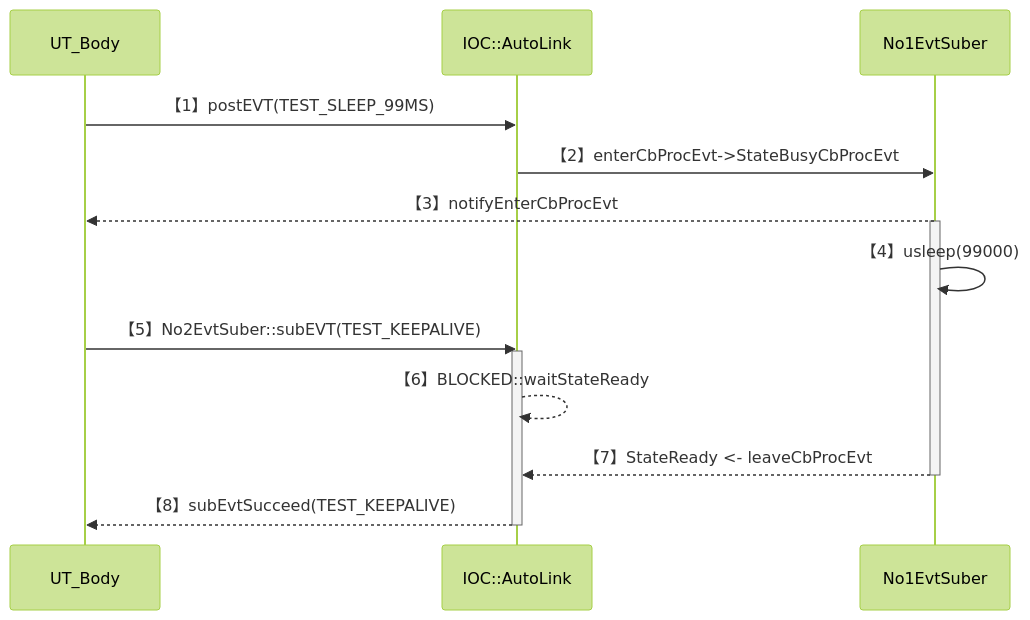
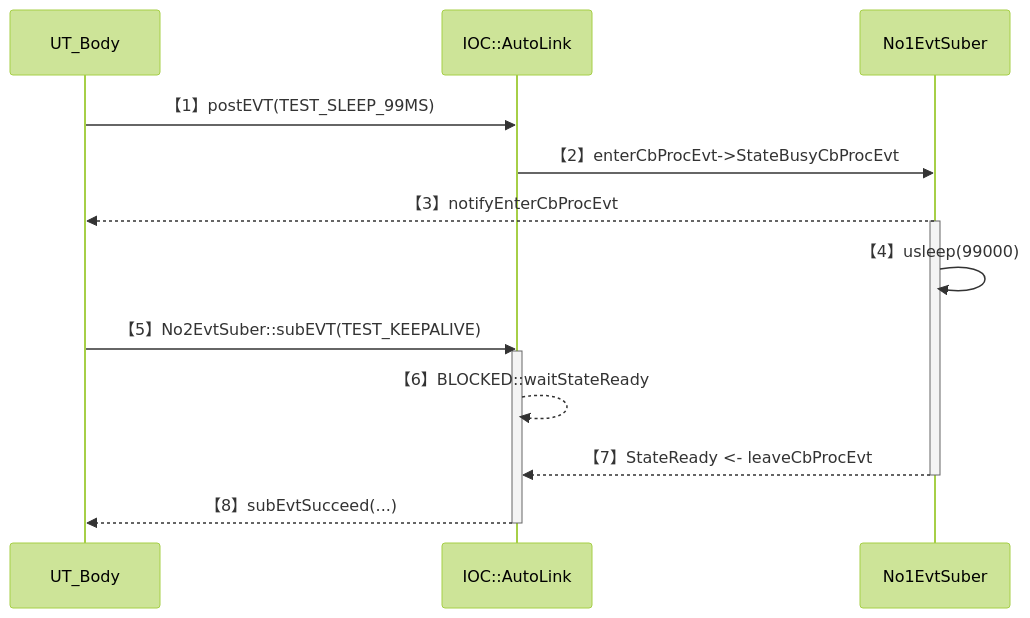
Before and after one commit to EnigmaWU/MyIOC_inTDD_withGHC: the second of 2 diagrams in Test/UT_ConlesEventState.md, drawn with Mermaid (forest theme). The commit also changed other lines of this file and 2 other files, not shown here.

````diff
--- a/Test/UT_ConlesEventState.md
+++ b/Test/UT_ConlesEventState.md
@@ -37,25 +37,25 @@
 ```mermaid
 sequenceDiagram
     participant UTB as UT_Body
     participant IOC as IOC::AutoLink
     participant No1Suber as No1EvtSuber
 
     UTB->>IOC: 【1】postEVT(TEST_SLEEP_99MS)
     IOC->>No1Suber: 【2】enterCbProcEvt->StateBusyCbProcEvt
 
     No1Suber -->> UTB: 【3】notifyEnterCbProcEvt
 
     activate No1Suber
     No1Suber->>No1Suber: 【4】usleep(99000)
 
     UTB ->> IOC: 【5】No2EvtSuber::subEVT(TEST_KEEPALIVE)
     activate IOC
     IOC -->> IOC: 【6】BLOCKED::waitStateReady
 
     No1Suber -->> IOC: 【7】StateReady <- leaveCbProcEvt
     deactivate No1Suber
 
-    IOC -->> UTB: 【8】subEvtSucceed(TEST_KEEPALIVE)
+    IOC -->> UTB: 【8】subEvtSucceed(...)
     deactivate IOC
 
 ```
````
